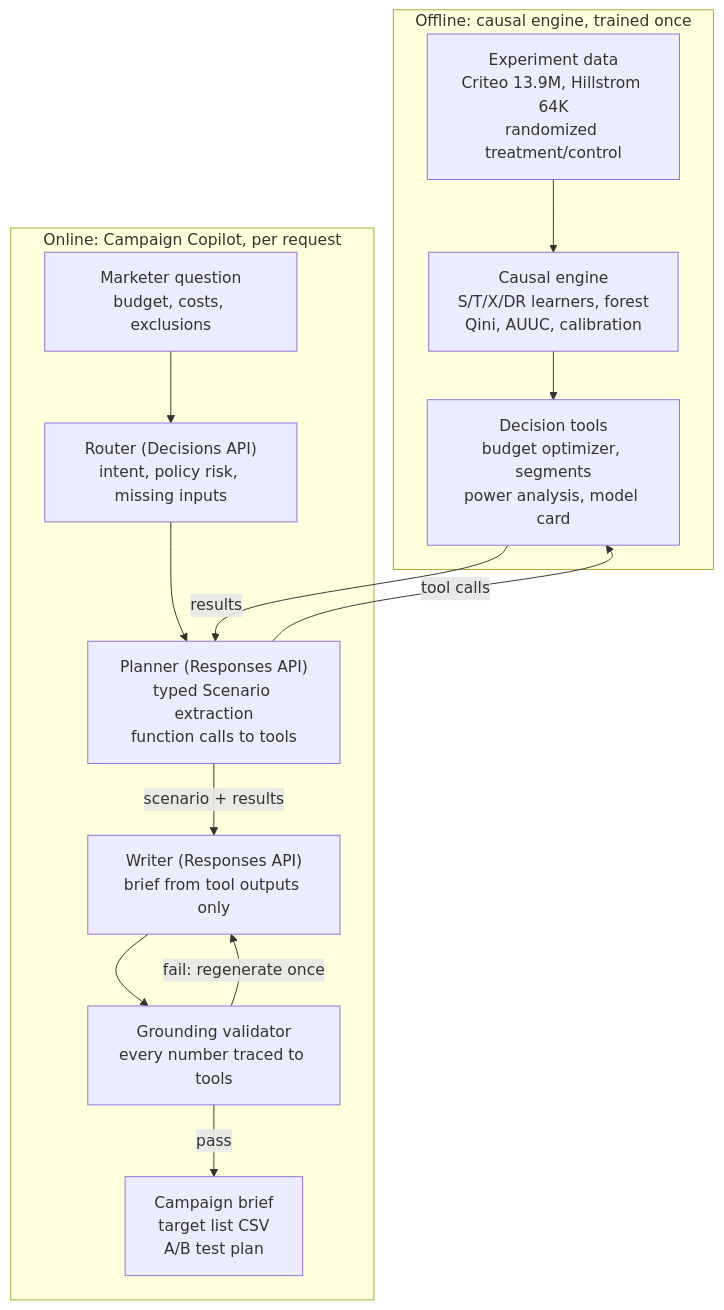
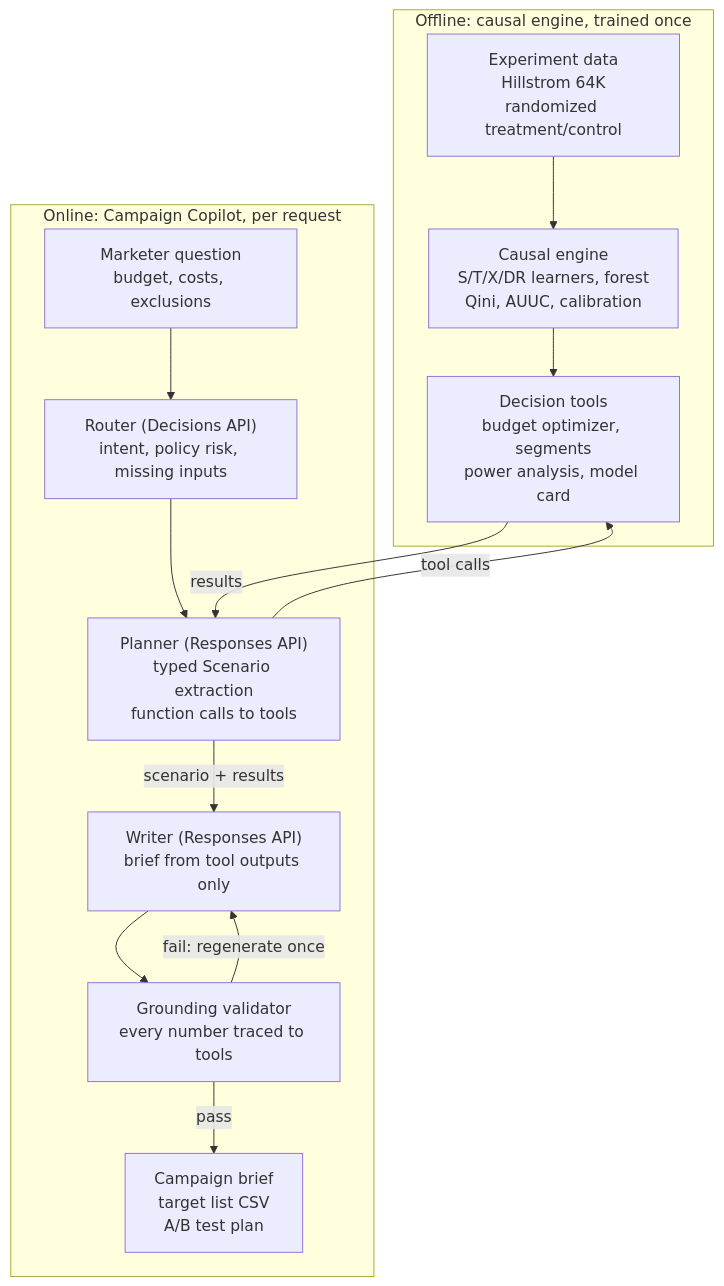
The diagram in description.md (Nikhilsharma508/SmartSpend), drawn with Mermaid before and after one commit. The commit also changed other lines of this file and 7 other files, not shown here.

First line of the commit message:
docs: drop Criteo — Hillstrom is the only dataset

````diff
--- a/description.md
+++ b/description.md
@@ -69,17 +60,17 @@
 ```mermaid
 flowchart TB
     subgraph OFF["Offline: causal engine, trained once"]
-        D["Experiment data<br/>Criteo 13.9M, Hillstrom 64K<br/>randomized treatment/control"] --> E["Causal engine<br/>S/T/X/DR learners, forest<br/>Qini, AUUC, calibration"]
+        D["Experiment data<br/>Hillstrom 64K<br/>randomized treatment/control"] --> E["Causal engine<br/>S/T/X/DR learners, forest<br/>Qini, AUUC, calibration"]
         E --> T["Decision tools<br/>budget optimizer, segments<br/>power analysis, model card"]
     end
     subgraph ON["Online: Campaign Copilot, per request"]
         Q["Marketer question<br/>budget, costs, exclusions"] --> R["Router (Decisions API)<br/>intent, policy risk, missing inputs"]
         R --> P["Planner (Responses API)<br/>typed Scenario extraction<br/>function calls to tools"]
         P -->|scenario + results| W["Writer (Responses API)<br/>brief from tool outputs only"]
         W --> V["Grounding validator<br/>every number traced to tools"]
         V -->|fail: regenerate once| W
         V -->|pass| O["Campaign brief<br/>target list CSV<br/>A/B test plan"]
     end
     P -->|tool calls| T
     T -->|results| P
 ```
````
